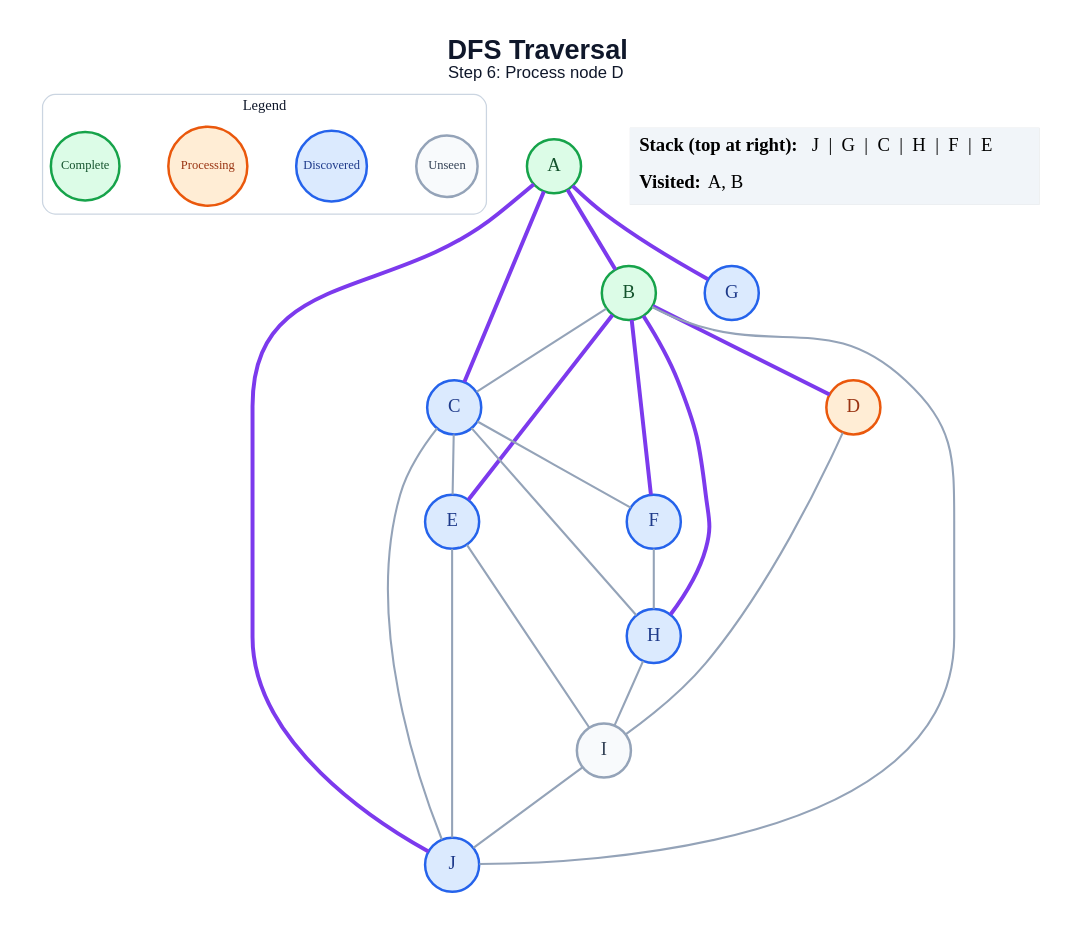
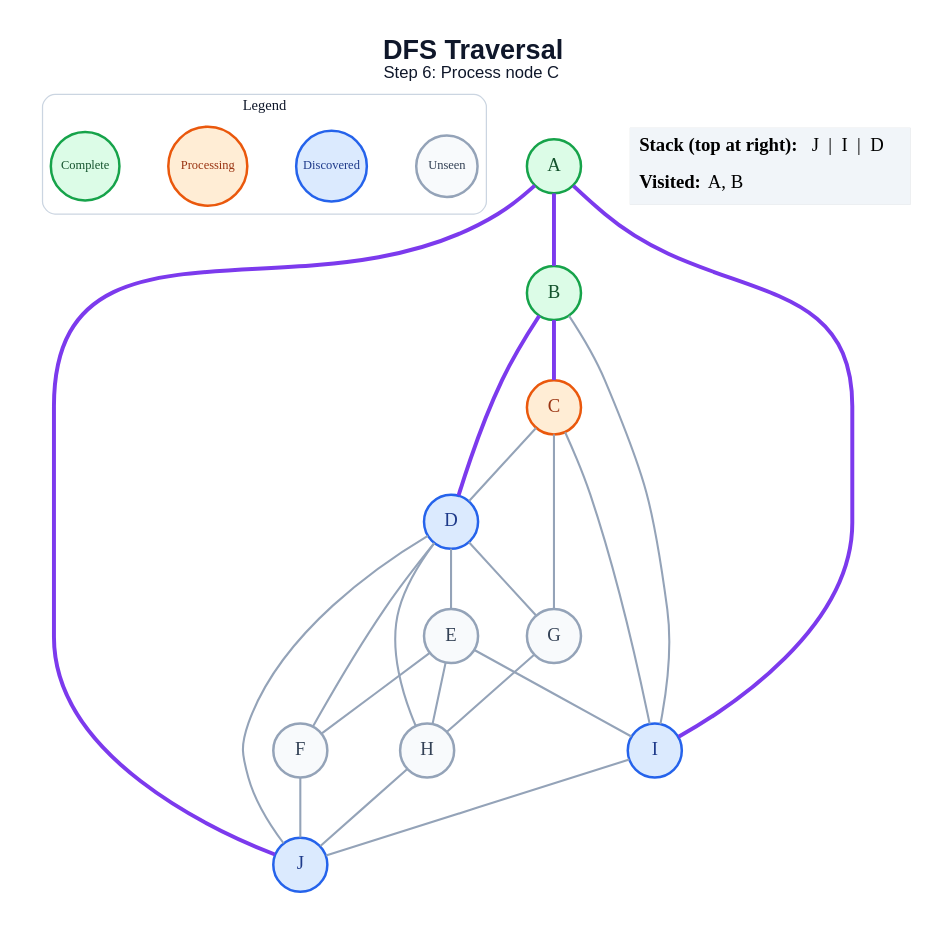
Before and after one commit to anon7238593-create/ai-slop: the diagram in generated/dfs/step_06.dot, drawn with Graphviz. The commit also changed 171 other files, not shown here.

```diff
--- a/generated/dfs/step_06.dot
+++ b/generated/dfs/step_06.dot
@@ -1,49 +1,50 @@
 graph traversal {
   graph [layout=dot, rankdir=TB, bgcolor="#FFFFFF", pad="0.35", nodesep="0.65", ranksep="0.8", fontname="Arial"];
   node [shape=circle, style="filled", fontname="Arial Bold", fontsize=18, width=0.72, fixedsize=true, penwidth=2.4];
   edge [color="#94A3B8", penwidth=2.0];
-  label=<<B>DFS Traversal</B><BR/><FONT POINT-SIZE="16">Step 6: Process node D</FONT>>; labelloc="t"; fontsize=26; fontname="Arial"; fontcolor="#0F172A";
+  label=<<B>DFS Traversal</B><BR/><FONT POINT-SIZE="16">Step 6: Process node C</FONT>>; labelloc="t"; fontsize=26; fontname="Arial"; fontcolor="#0F172A";
   subgraph cluster_legend { label="Legend"; color="#CBD5E1"; penwidth=1.2; style="rounded"; fontsize=14; fontname="Arial Bold";
     key_unseen [label="Unseen", fillcolor="#F8FAFC", color="#94A3B8", fontcolor="#334155", fontsize=12, width=0.82];
     key_frontier [label="Discovered", fillcolor="#DBEAFE", color="#2563EB", fontcolor="#1E3A8A", fontsize=12, width=0.95];
     key_current [label="Processing", fillcolor="#FFEDD5", color="#EA580C", fontcolor="#9A3412", fontsize=12, width=1.05];
     key_done [label="Complete", fillcolor="#DCFCE7", color="#16A34A", fontcolor="#14532D", fontsize=12, width=0.92];
     { rank=same; key_unseen; key_frontier; key_current; key_done; }
   }
   A [fillcolor="#DCFCE7", color="#16A34A", fontcolor="#14532D"];
   B [fillcolor="#DCFCE7", color="#16A34A", fontcolor="#14532D"];
-  C [fillcolor="#DBEAFE", color="#2563EB", fontcolor="#1E3A8A"];
-  D [fillcolor="#FFEDD5", color="#EA580C", fontcolor="#9A3412"];
-  E [fillcolor="#DBEAFE", color="#2563EB", fontcolor="#1E3A8A"];
-  F [fillcolor="#DBEAFE", color="#2563EB", fontcolor="#1E3A8A"];
-  G [fillcolor="#DBEAFE", color="#2563EB", fontcolor="#1E3A8A"];
-  H [fillcolor="#DBEAFE", color="#2563EB", fontcolor="#1E3A8A"];
-  I [fillcolor="#F8FAFC", color="#94A3B8", fontcolor="#334155"];
+  C [fillcolor="#FFEDD5", color="#EA580C", fontcolor="#9A3412"];
+  D [fillcolor="#DBEAFE", color="#2563EB", fontcolor="#1E3A8A"];
+  E [fillcolor="#F8FAFC", color="#94A3B8", fontcolor="#334155"];
+  F [fillcolor="#F8FAFC", color="#94A3B8", fontcolor="#334155"];
+  G [fillcolor="#F8FAFC", color="#94A3B8", fontcolor="#334155"];
+  H [fillcolor="#F8FAFC", color="#94A3B8", fontcolor="#334155"];
+  I [fillcolor="#DBEAFE", color="#2563EB", fontcolor="#1E3A8A"];
   J [fillcolor="#DBEAFE", color="#2563EB", fontcolor="#1E3A8A"];
   A -- B [color="#7C3AED", penwidth=3.8];
-  A -- C [color="#7C3AED", penwidth=3.8];
-  A -- G [color="#7C3AED", penwidth=3.8];
+  A -- I [color="#7C3AED", penwidth=3.8];
   A -- J [color="#7C3AED", penwidth=3.8];
-  B -- C;
+  B -- C [color="#7C3AED", penwidth=3.8];
   B -- D [color="#7C3AED", penwidth=3.8];
-  B -- E [color="#7C3AED", penwidth=3.8];
-  B -- F [color="#7C3AED", penwidth=3.8];
-  B -- H [color="#7C3AED", penwidth=3.8];
-  B -- J;
-  C -- E;
-  C -- F;
-  C -- H;
-  C -- J;
-  D -- I;
+  B -- I;
+  C -- D;
+  C -- G;
+  C -- I;
+  D -- E;
+  D -- F;
+  D -- G;
+  D -- H;
+  D -- J;
+  E -- F;
+  E -- H;
   E -- I;
-  E -- J;
-  F -- H;
-  H -- I;
+  F -- J;
+  G -- H;
+  H -- J;
   I -- J;
   status [shape=plain, fixedsize=false, width=0, height=0, margin=0, label=<
     <TABLE BORDER="0" CELLBORDER="0" CELLPADDING="7" BGCOLOR="#F1F5F9">
-      <TR><TD ALIGN="LEFT"><B>Stack (top at right):</B> J  |  G  |  C  |  H  |  F  |  E</TD></TR>
+      <TR><TD ALIGN="LEFT"><B>Stack (top at right):</B> J  |  I  |  D</TD></TR>
       <TR><TD ALIGN="LEFT"><B>Visited:</B> A, B</TD></TR>
     </TABLE>
   >];
 }
```
